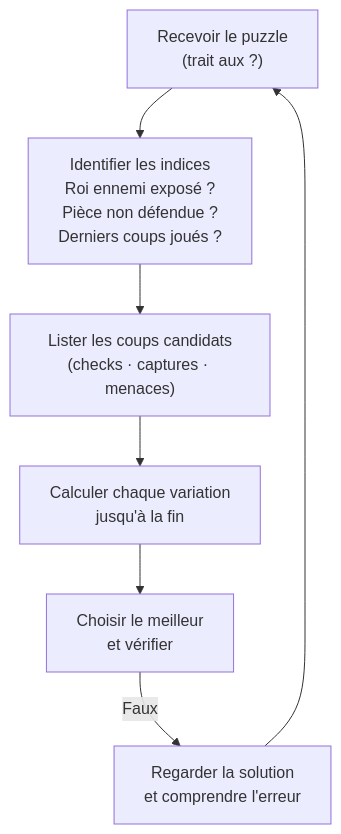
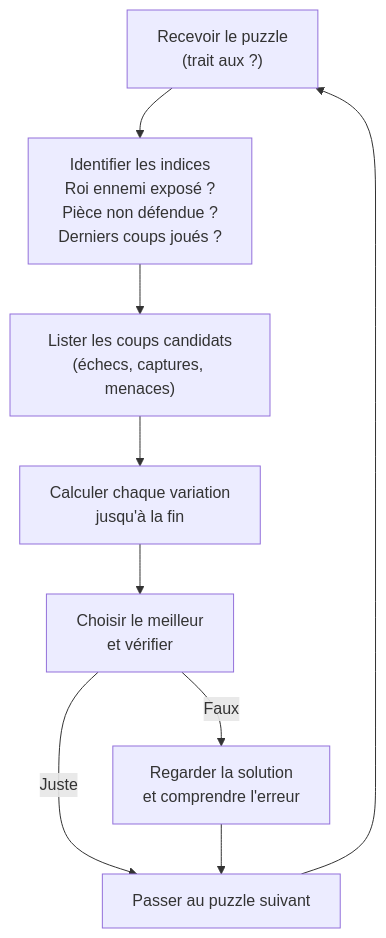
One commit to rwmicro/pensine changed the diagram in Applied Sciences/Echecs/Tactiques/Puzzles et Entraînement Tactique.md. Above: the diagram before and after it, drawn with Mermaid. The commit also changed other lines of this file and 11 other files, not shown here.

````diff
--- a/Applied Sciences/Echecs/Tactiques/Puzzles et Entraînement Tactique.md
+++ b/Applied Sciences/Echecs/Tactiques/Puzzles et Entraînement Tactique.md
@@ -31,13 +28,17 @@
 ```mermaid
 flowchart TD
     A["Recevoir le puzzle\n(trait aux ?)"]
     B["Identifier les indices\nRoi ennemi exposé ?\nPièce non défendue ?\nDerniers coups joués ?"]
-    C["Lister les coups candidats\n(checks · captures · menaces)"]
+    C["Lister les coups candidats\n(échecs, captures, menaces)"]
     D["Calculer chaque variation\njusqu'à la fin"]
     E["Choisir le meilleur\net vérifier"]
     F["Regarder la solution\net comprendre l'erreur"]
 
+    G["Passer au puzzle suivant"]
+
     A --> B --> C --> D --> E
+    E -->|"Juste"| G
     E -->|"Faux"| F
-    F --> A
+    F --> G
+    G --> A
 ```
````
